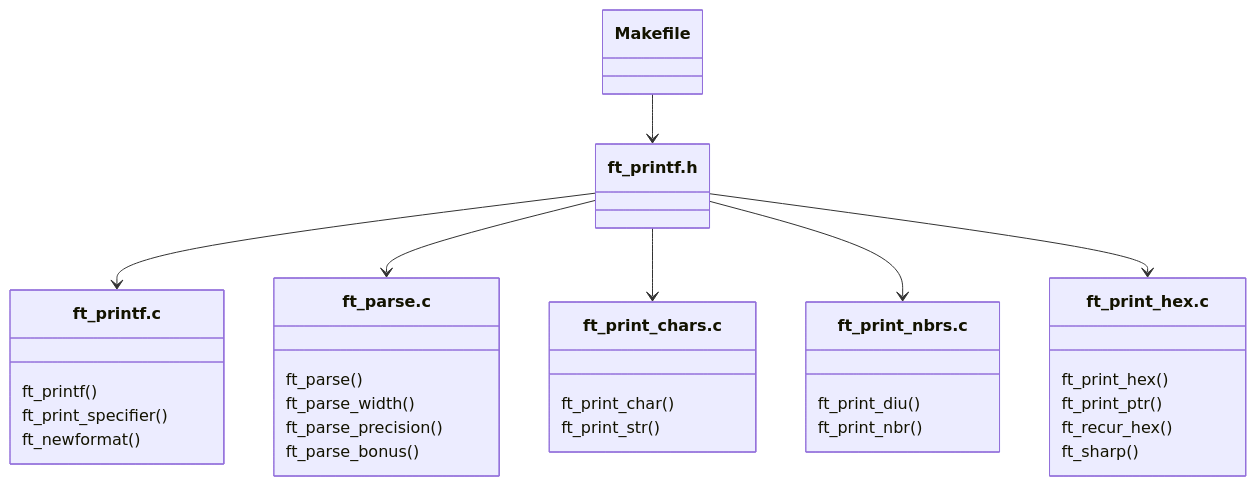
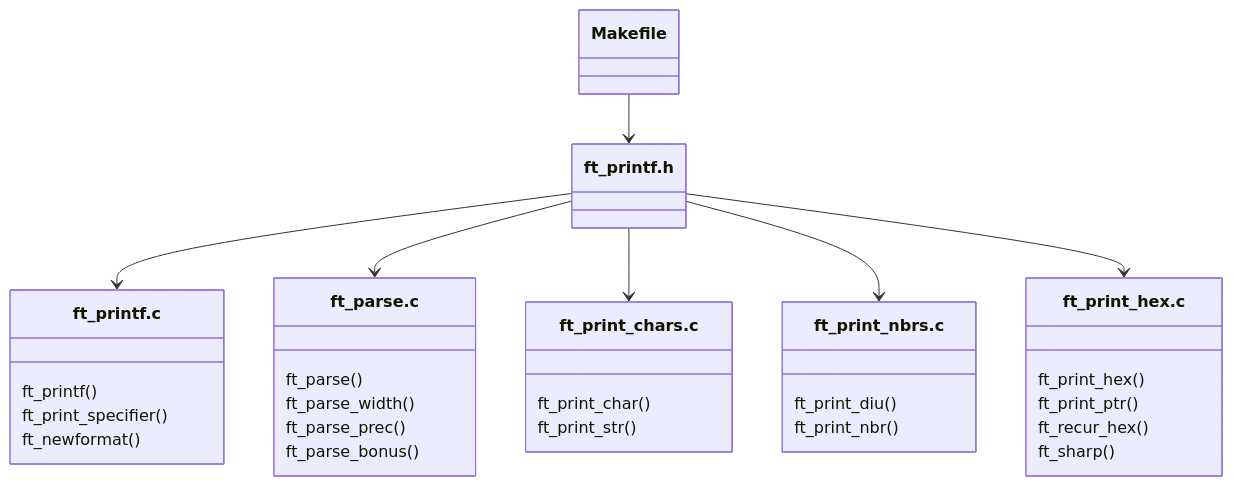
One commit to PedroZappa/42_ft_printf changed the first of 2 diagrams in README.md. Above: the diagram before and after it, drawn with Mermaid. The commit also changed other lines of this file and 1 other file, not shown here.

Commit message:
ft_parse_prec : Prototypes implemented and README.md updated with new func-name

````diff
--- a/README.md
+++ b/README.md
@@ -130,34 +130,34 @@
 ```mermaid
 ---
 title ft_printf Structure
 ---
 classDiagram
     class Makefile
     Makefile --> File0
     class File0["ft_printf.h"]
     File0 --> File1
     File0 --> File2
     File0 --> File3
     File0 --> File4
     File0 --> File5
     class File1["ft_printf.c"]
     File1 : ft_printf()
     File1 : ft_print_specifier()
     File1 : ft_newformat()
     class File2["ft_parse.c"]
     File2 : ft_parse()
     File2 : ft_parse_width()
-    File2 : ft_parse_precision()
+    File2 : ft_parse_prec()
     File2 : ft_parse_bonus()
     class File3["ft_print_chars.c"]
     File3 : ft_print_char()
     File3 : ft_print_str()
     class File4["ft_print_nbrs.c"]
     File4 : ft_print_diu()
     File4 : ft_print_nbr()
     class File5["ft_print_hex.c"]
     File5 : ft_print_hex()
     File5 : ft_print_ptr()
     File5 : ft_recur_hex()
     File5 : ft_sharp()
 ```
````
